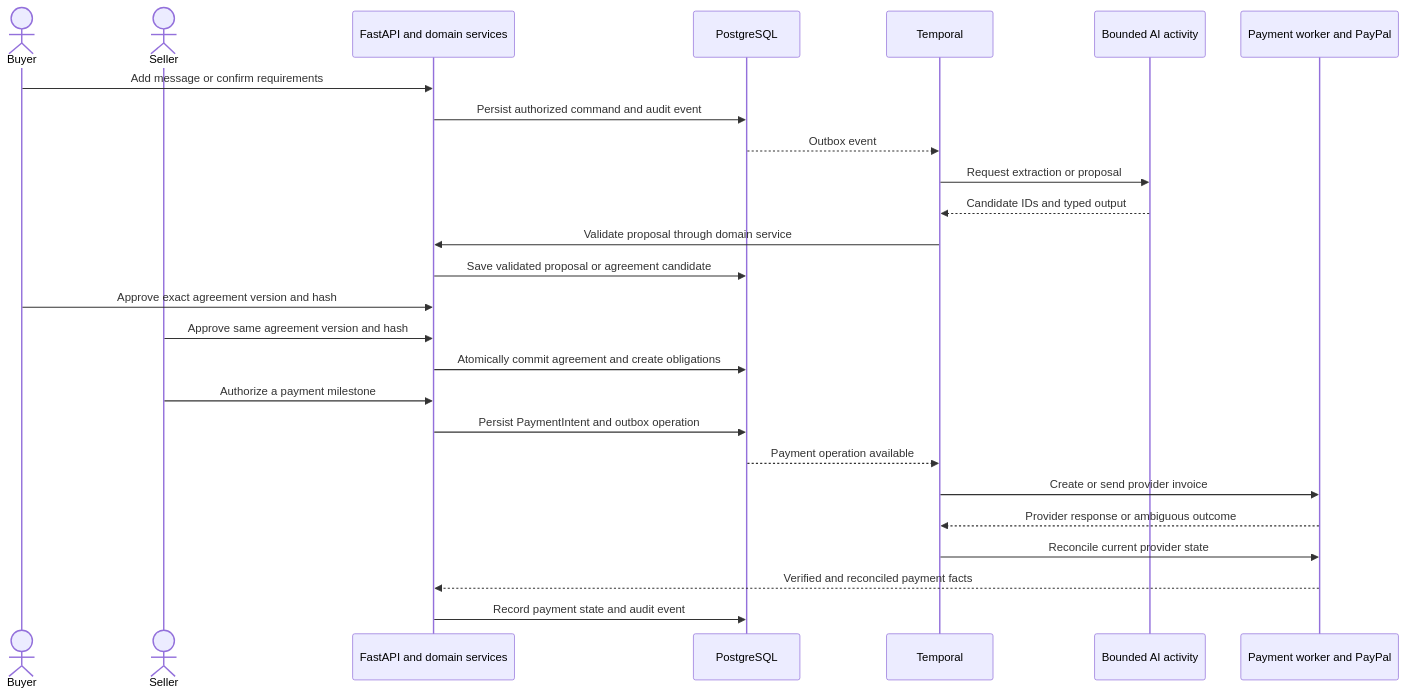
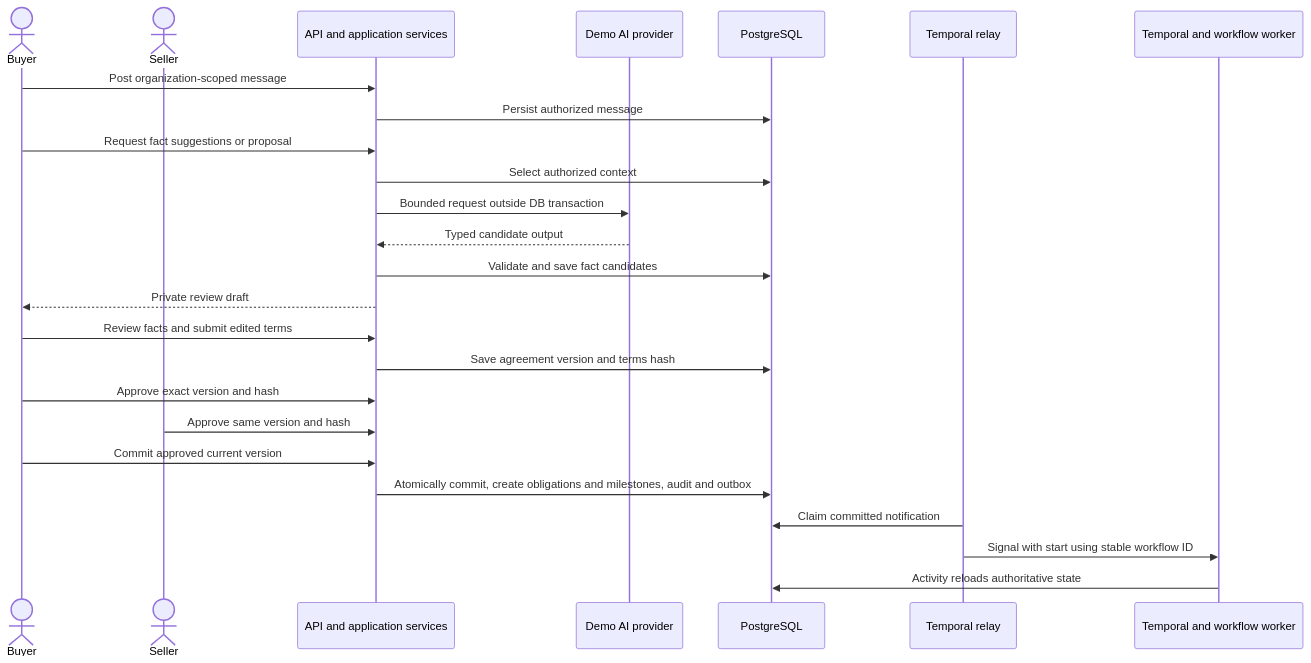
One commit to yashaswi-khurana/SyncAlly changed the second of 3 diagrams in ARCHITECTURE.md. Above: the diagram before and after it, drawn with Mermaid. The commit also changed other lines of this file and 2 other files, not shown here.

Commit message:
Document current application setup and runtime architecture

````diff
--- a/ARCHITECTURE.md
+++ b/ARCHITECTURE.md
@@ -48,29 +67,28 @@
 ```mermaid
 sequenceDiagram
     actor B as Buyer
     actor S as Seller
-    participant API as FastAPI and domain services
+    participant API as API and application services
+    participant AI as Demo AI provider
     participant DB as PostgreSQL
-    participant T as Temporal
-    participant AI as Bounded AI activity
-    participant P as Payment worker and PayPal
+    participant R as Temporal relay
+    participant T as Temporal and workflow worker
 
-    B->>API: Add message or confirm requirements
-    API->>DB: Persist authorized command and audit event
-    DB-->>T: Outbox event
-    T->>AI: Request extraction or proposal
-    AI-->>T: Candidate IDs and typed output
-    T->>API: Validate proposal through domain service
-    API->>DB: Save validated proposal or agreement candidate
-    B->>API: Approve exact agreement version and hash
-    S->>API: Approve same agreement version and hash
-    API->>DB: Atomically commit agreement and create obligations
-    S->>API: Authorize a payment milestone
-    API->>DB: Persist PaymentIntent and outbox operation
-    DB-->>T: Payment operation available
-    T->>P: Create or send provider invoice
-    P-->>T: Provider response or ambiguous outcome
-    T->>P: Reconcile current provider state
-    P-->>API: Verified and reconciled payment facts
-    API->>DB: Record payment state and audit event
+    B->>API: Post organization-scoped message
+    API->>DB: Persist authorized message
+    B->>API: Request fact suggestions or proposal
+    API->>DB: Select authorized context
+    API->>AI: Bounded request outside DB transaction
+    AI-->>API: Typed candidate output
+    API->>DB: Validate and save fact candidates
+    API-->>B: Private review draft
+    B->>API: Review facts and submit edited terms
+    API->>DB: Save agreement version and terms hash
+    B->>API: Approve exact version and hash
+    S->>API: Approve same version and hash
+    B->>API: Commit approved current version
+    API->>DB: Atomically commit, create obligations and milestones, audit and outbox
+    R->>DB: Claim committed notification
+    R->>T: Signal with start using stable workflow ID
+    T->>DB: Activity reloads authoritative state
 ```
````
